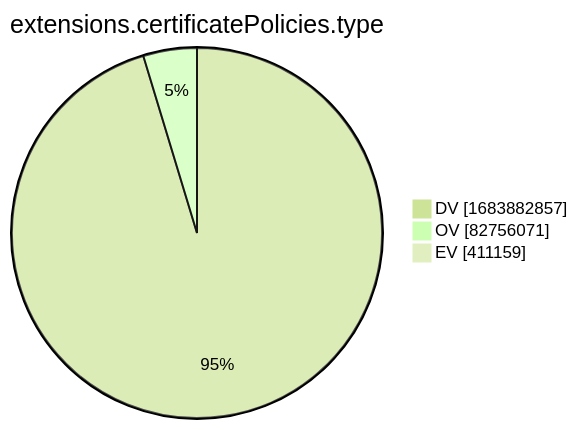
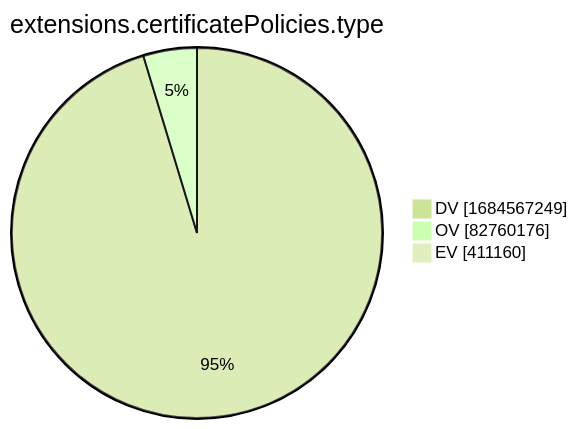
The tenth of 15 diagrams in xenon2022/README.md (christiankrug/ctmonitor_visualization), drawn with Mermaid (forest theme) before and after one commit. The commit also changed other lines of this file, not shown here.

````diff
--- a/xenon2022/README.md
+++ b/xenon2022/README.md
@@ -2881,7 +2881,7 @@
 ```mermaid
 pie showData
 title extensions.certificatePolicies.type
-"DV" :1683882857
-"OV" :82756071
-"EV" :411159
+"DV" :1684567249
+"OV" :82760176
+"EV" :411160
 ```
````
